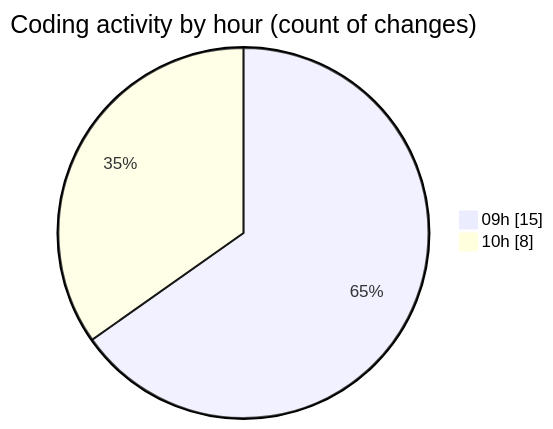
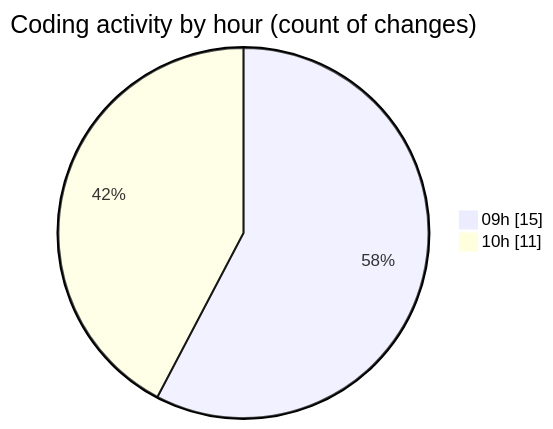
The second of 2 diagrams in 2026-01-19/cda/README.md (momahboobian/code-tracking), drawn with Mermaid before and after one commit. The commit also changed other lines of this file and 1 other file, not shown here.

````diff
--- a/2026-01-19/cda/README.md
+++ b/2026-01-19/cda/README.md
@@ -32,6 +32,6 @@
 ```mermaid
 pie showData
 title Coding activity by hour (count of changes)
 "09h" : 15
-"10h" : 8
+"10h" : 11
 ```
````
